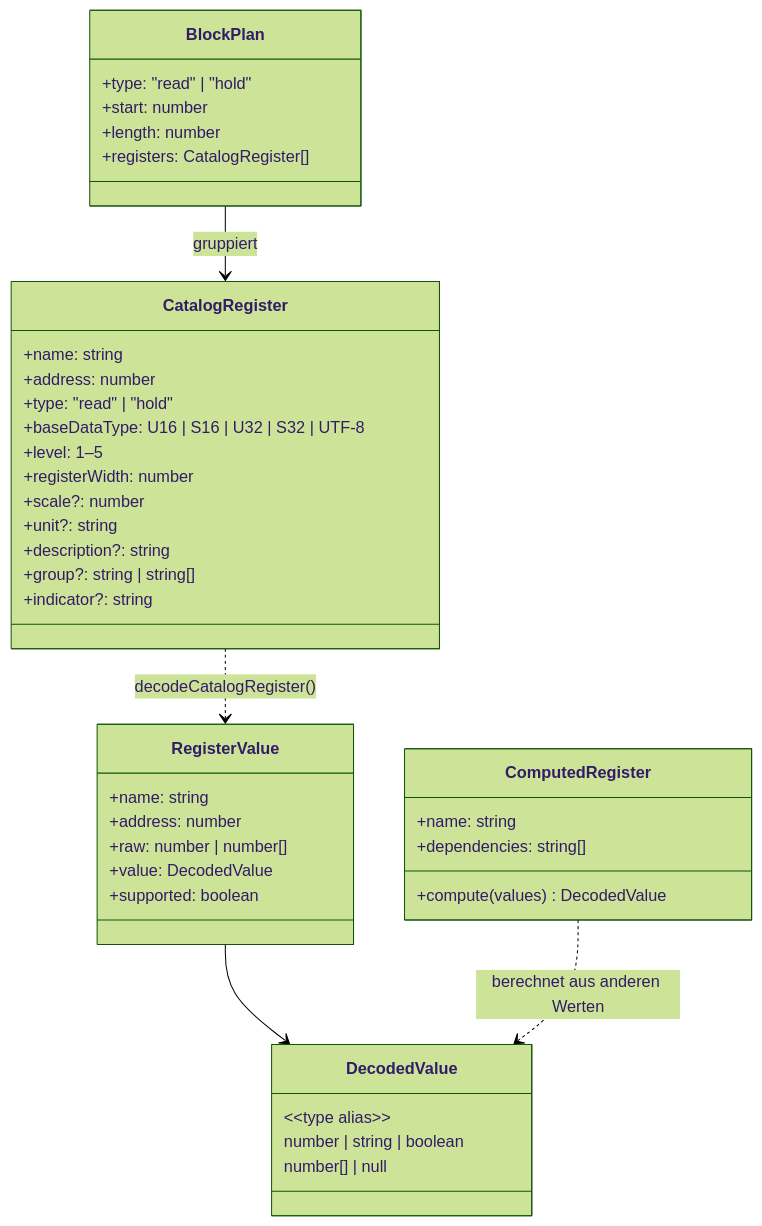
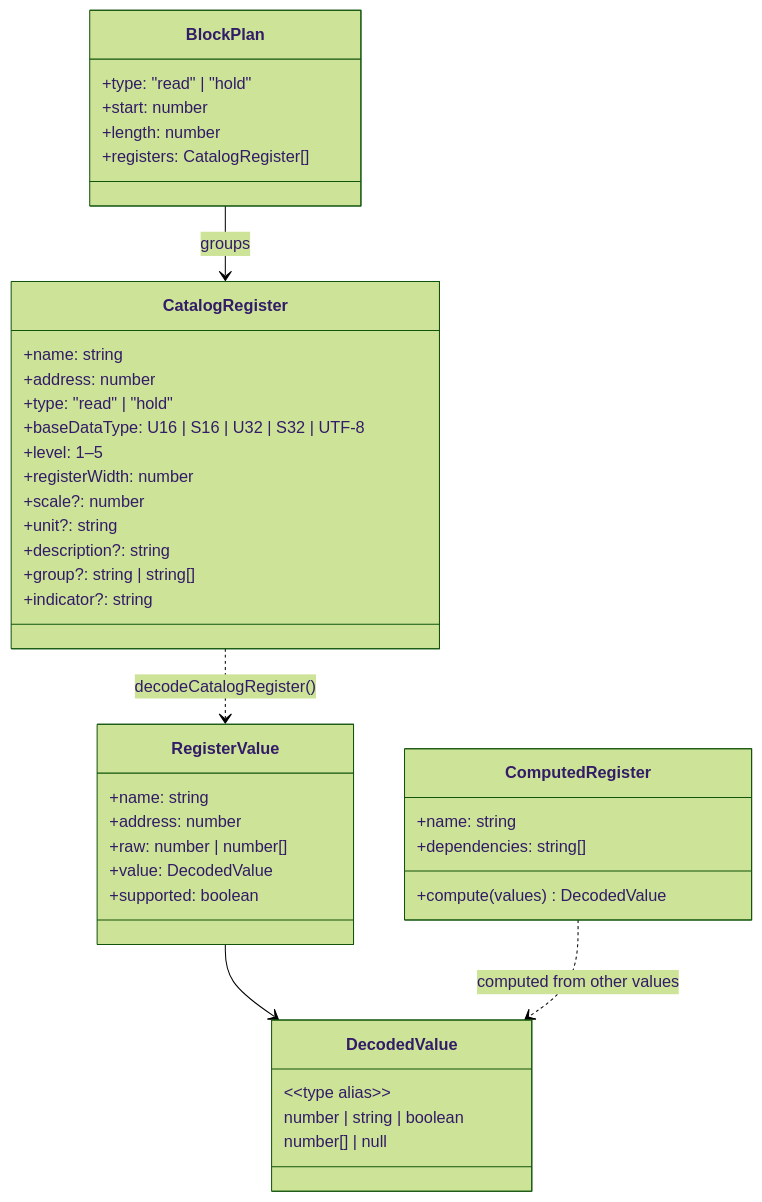
Before and after one commit to AlexanderLanin/sungrowlib: the third of 12 diagrams in ARCHITECTURE.md, drawn with Mermaid (forest theme). The commit also changed other lines of this file, not shown here.

Commit message:
docs: translate ARCHITECTURE.md from German to English

````diff
--- a/ARCHITECTURE.md
+++ b/ARCHITECTURE.md
@@ -71,48 +71,48 @@
 ```mermaid
 classDiagram
     class CatalogRegister {
         +name: string
         +address: number
         +type: "read" | "hold"
         +baseDataType: U16 | S16 | U32 | S32 | UTF-8
         +level: 1–5
         +registerWidth: number
         +scale?: number
         +unit?: string
         +description?: string
         +group?: string | string[]
         +indicator?: string
     }
 
     class BlockPlan {
         +type: "read" | "hold"
         +start: number
         +length: number
         +registers: CatalogRegister[]
     }
 
     class RegisterValue {
         +name: string
         +address: number
         +raw: number | number[]
         +value: DecodedValue
         +supported: boolean
     }
 
     class DecodedValue {
         &lt;&lt;type alias&gt;&gt;
         number | string | boolean
         number[] | null
     }
 
     class ComputedRegister {
         +name: string
         +dependencies: string[]
         +compute(values) DecodedValue
     }
 
-    BlockPlan --> CatalogRegister : gruppiert
+    BlockPlan --> CatalogRegister : groups
     CatalogRegister ..> RegisterValue : decodeCatalogRegister()
     RegisterValue --> DecodedValue
-    ComputedRegister ..> DecodedValue : berechnet aus anderen Werten
+    ComputedRegister ..> DecodedValue : computed from other values
 ```
````
